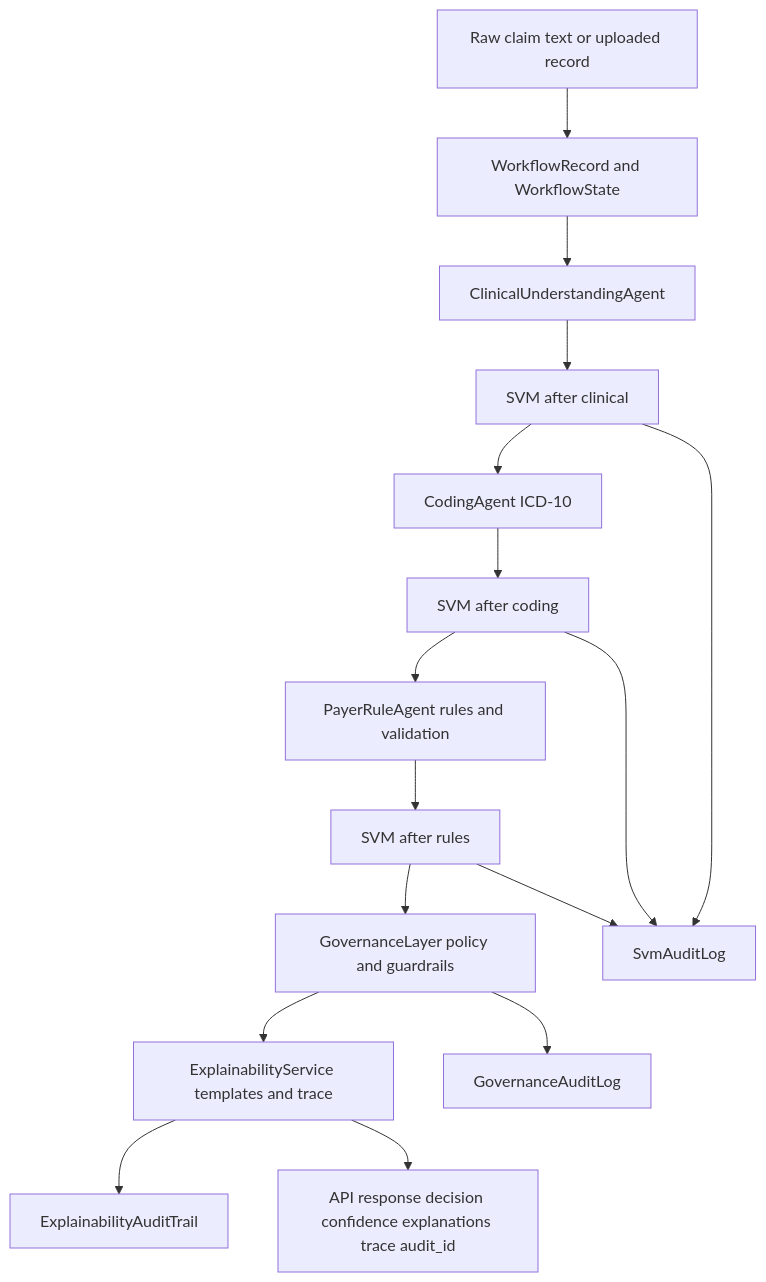
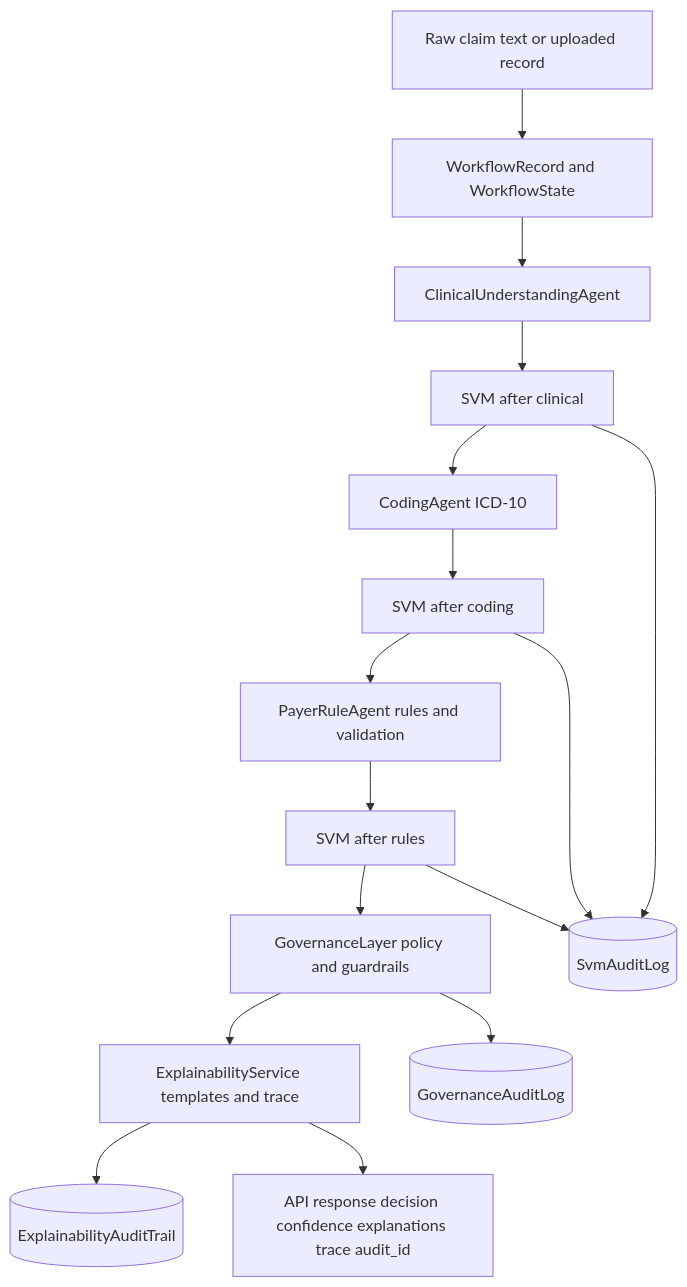
The first of 2 diagrams in README.md (ParamPatel14/MedLedger-AI), drawn with Mermaid before and after one commit. The commit also changed other lines of this file and 3 other files, not shown here.

````diff
--- a/README.md
+++ b/README.md
@@ -58,24 +58,24 @@
 ```mermaid
 flowchart TD
   A[Raw claim text or uploaded record] --> B[WorkflowRecord and WorkflowState]
 
   B --> C[ClinicalUnderstandingAgent]
   C --> C1[SVM after clinical]
 
   C1 --> D[CodingAgent ICD-10]
   D --> D1[SVM after coding]
 
   D1 --> E[PayerRuleAgent rules and validation]
   E --> E1[SVM after rules]
 
   E1 --> F[GovernanceLayer policy and guardrails]
   F --> G[ExplainabilityService templates and trace]
 
-  G --> H[ExplainabilityAuditTrail]
-  F --> I[GovernanceAuditLog]
-  C1 --> J[SvmAuditLog]
+  G --> H[(ExplainabilityAuditTrail)]
+  F --> I[(GovernanceAuditLog)]
+  C1 --> J[(SvmAuditLog)]
   D1 --> J
   E1 --> J
 
   G --> K[API response decision confidence explanations trace audit_id]
 ```
````
